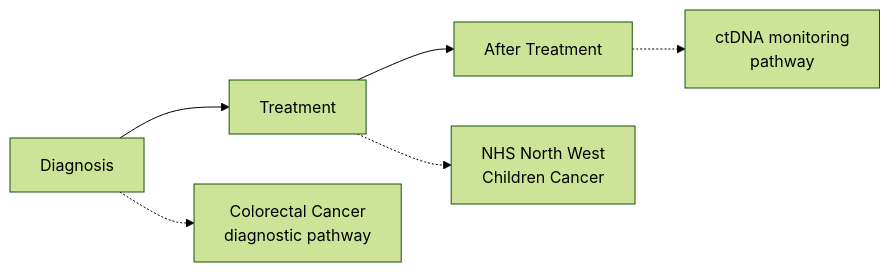
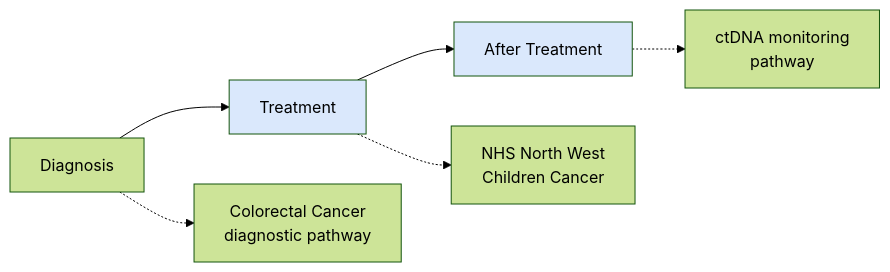
Before and after one commit to nw-gmsa/nw-gmsa.github.com: the first of 7 diagrams in input/pagecontent/CancerNOS.md, drawn with Mermaid (forest theme).

Commit message:
Colour Treatment/After Treatment boxes as Interventions (blue)
Match the top-level Diagnosis/Treatment/After Treatment overview
diagram's Treatment and After Treatment boxes to the ADPIE
Implement/Interventions colour (blue).

Claude-Session: https://claude.ai/code/session_01FaJZPo5x3UCuWmUi5yyXAB

````diff
--- a/input/pagecontent/CancerNOS.md
+++ b/input/pagecontent/CancerNOS.md
@@ -55,7 +55,10 @@
 ```mermaid
 flowchart LR
     D["Diagnosis"] --> T["Treatment"] --> A["After Treatment"]
     D -.-> D1["Colorectal Cancer<br/>diagnostic pathway"]
     T -.-> T1["NHS North West<br/>Children Cancer"]
     A -.-> A1["ctDNA monitoring<br/>pathway"]
+
+    classDef blue fill:#DAE8FC;
+    class T,A blue
 ```
````
